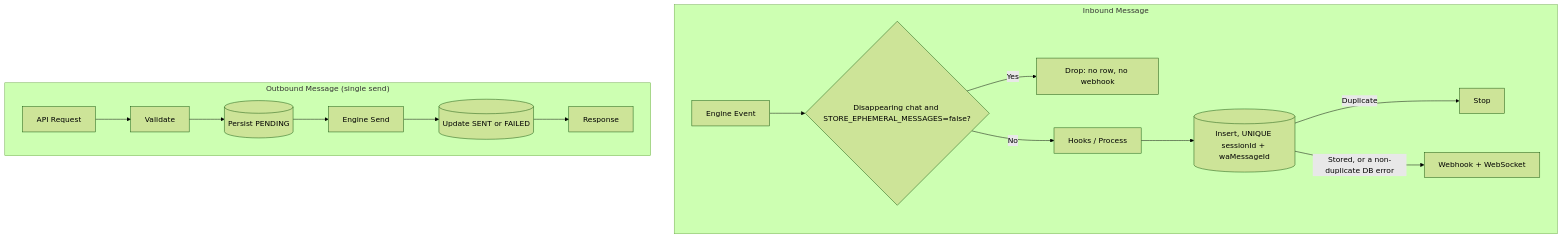
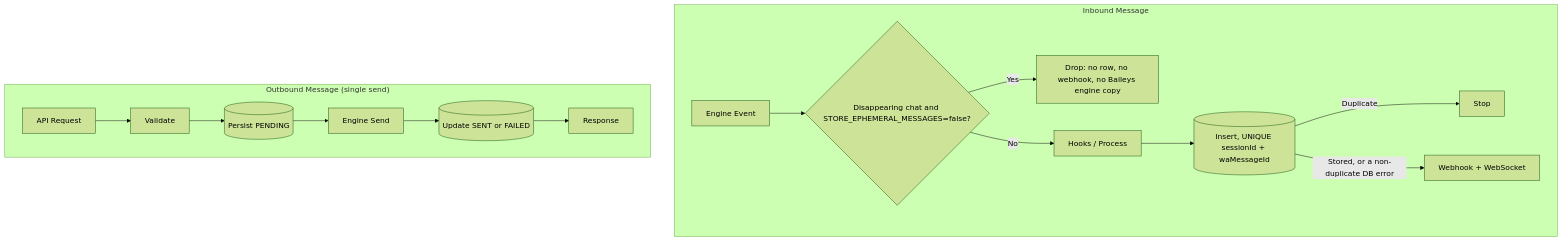
One commit to rmyndharis/OpenWA changed the third of 4 diagrams in docs/05-database-design.md. Above: the diagram before and after it, drawn with Mermaid (forest theme). The commit also changed other lines of this file and 3 other files, not shown here.

````diff
--- a/docs/05-database-design.md
+++ b/docs/05-database-design.md
@@ -846,19 +846,19 @@
 ```mermaid
 flowchart TB
     subgraph Inbound["Inbound Message"]
         E[Engine Event] --> G{Disappearing chat and STORE_EPHEMERAL_MESSAGES=false?}
-        G -->|Yes| D[Drop: no row, no webhook]
+        G -->|Yes| D[Drop: no row, no webhook, no Baileys engine copy]
         G -->|No| P[Hooks / Process]
         P --> DB[(Insert, UNIQUE sessionId + waMessageId)]
         DB -->|Duplicate| X[Stop]
         DB -->|Stored, or a non-duplicate DB error| W[Webhook + WebSocket]
     end
 
     subgraph Outbound["Outbound Message (single send)"]
         A[API Request] --> V[Validate]
         V --> DBP[(Persist PENDING)]
         DBP --> EN[Engine Send]
         EN --> DBO[(Update SENT or FAILED)]
         DBO --> R[Response]
     end
 ```
````
